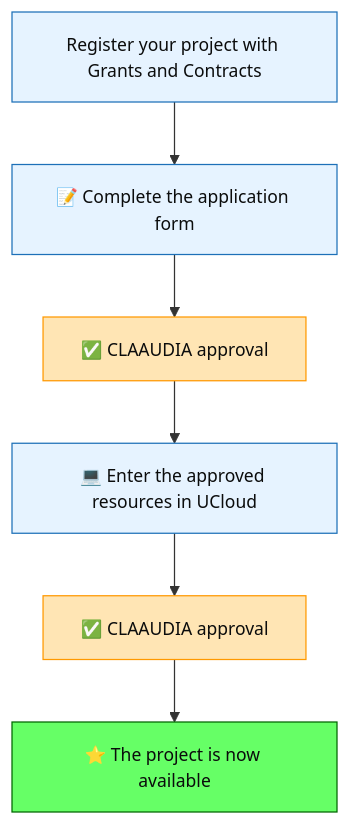
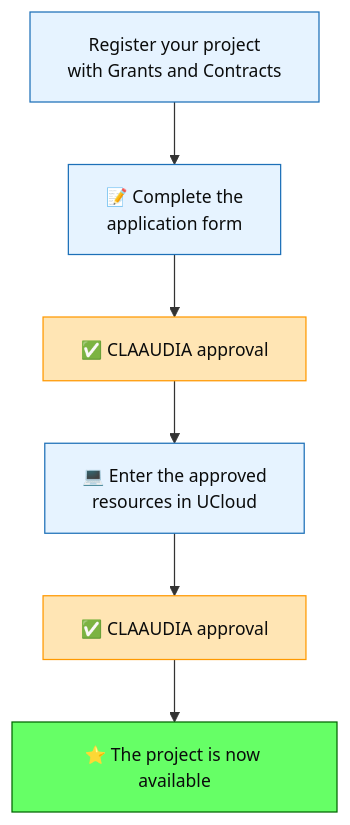
The diagram in docs/ucloud/guides/sensitive-data-on-ucloud.md (aau-claaudia/hpc), drawn with Mermaid before and after one commit. The commit also changed other lines of this file and 50 other files, not shown here.

````diff
--- a/docs/ucloud/guides/sensitive-data-on-ucloud.md
+++ b/docs/ucloud/guides/sensitive-data-on-ucloud.md
@@ -8,23 +8,23 @@
   ```mermaid
   graph TD
-      A[Register your project with Grants and Contracts] --> B[📝 Complete the application form]
+      A[Register your project <br/> with Grants and Contracts] --> B[📝 Complete the <br/> application form]
       B --> C[✅ CLAAUDIA approval]
-      C --> D[💻 Enter the approved resources in UCloud]
+      C --> D[💻 Enter the approved <br/> resources in UCloud]
       D --> E[✅ CLAAUDIA approval]
       E --> F[⭐ The project is now available]
 
       click A "https://aaudk.sharepoint.com/sites/persondata-ressourcer/SitePages/Registrations%20og%20reports%20(Online%20forms).aspx" "Open Grants and Contracts registration" _blank
       click B "https://forms.office.com/e/8Khbr1TJGC" "Open application form" _blank
       click D "https://cloud.sdu.dk/app/dashboard" "Open UCloud dashboard" _blank
 
 
           %% Define classes for colors
     classDef User fill:#e6f3ff,stroke:#1d70b8,color:#0b0c0c,font-size:14px;
     classDef CLAAUDIA fill:#ffe5b4,stroke:#ff9900,color:#0b0c0c,font-size:14px;
     classDef Completed fill:#66ff66,stroke:#006600,color:#0b0c0c,font-size:14px;
 
     %% Assign classes
     class A,B,D User;
     class C,E CLAAUDIA;
     class F Completed;
   ```
````
